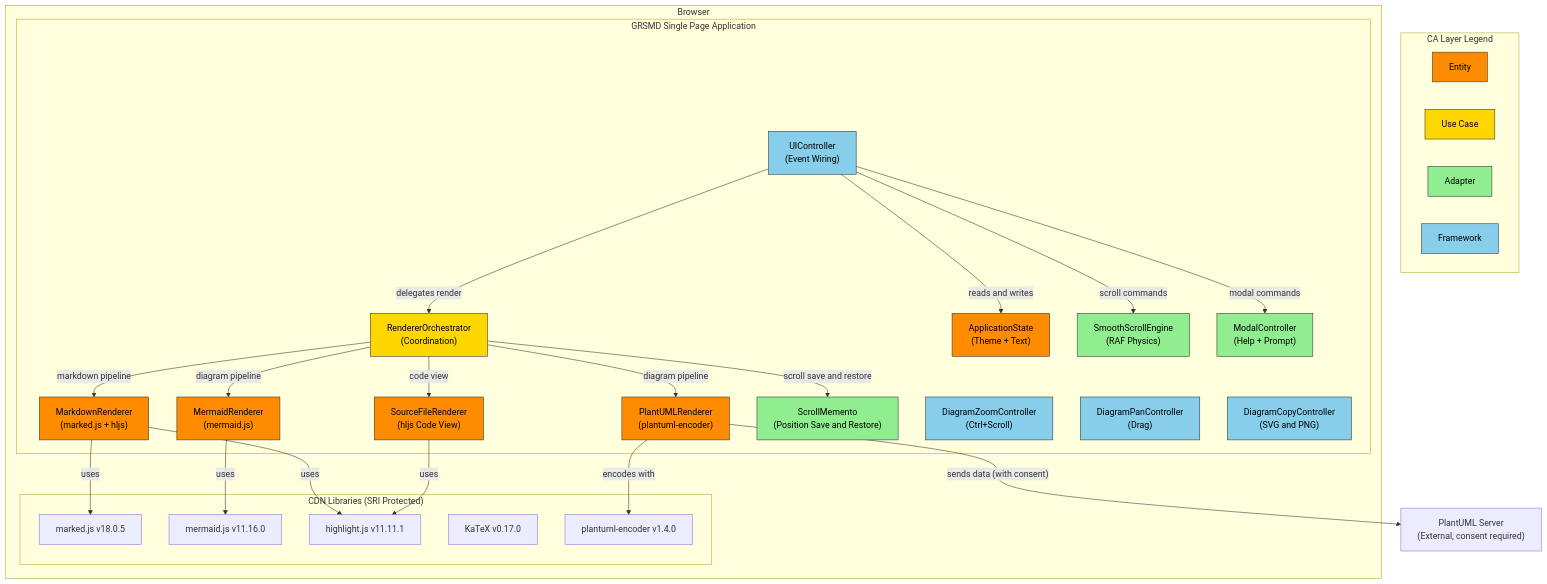
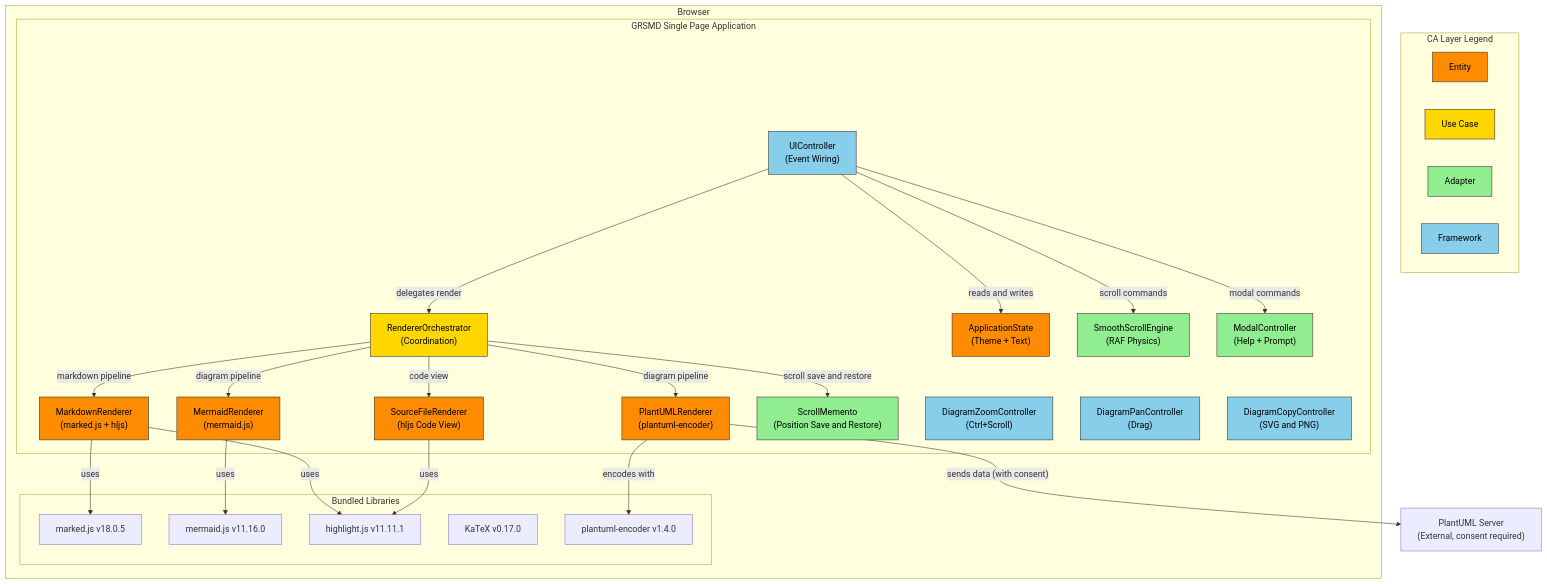
The first of 10 diagrams in spec/grsmd_gen2_spec_ja.md (GoodRelax/gr-simple-md-renderer), drawn with Mermaid before and after one commit. The commit also changed other lines of this file and 8 other files, not shown here.

````diff
--- a/spec/grsmd_gen2_spec_ja.md
+++ b/spec/grsmd_gen2_spec_ja.md
@@ -296,57 +298,57 @@
 ```mermaid
 graph TB
     subgraph Legend["CA Layer Legend"]
         direction LR
         L_E["Entity"]:::entity
         L_U["Use Case"]:::usecase
         L_A["Adapter"]:::adapter
         L_F["Framework"]:::framework
     end
 
     subgraph Browser
         subgraph GRSMD_SPA["GRSMD Single Page Application"]
             UI["UIController<br/>(Event Wiring)"]:::framework
             ORCH["RendererOrchestrator<br/>(Coordination)"]:::usecase
             STATE["ApplicationState<br/>(Theme + Text)"]:::entity
             MD["MarkdownRenderer<br/>(marked.js + hljs)"]:::entity
             MERM["MermaidRenderer<br/>(mermaid.js)"]:::entity
             PUML["PlantUMLRenderer<br/>(plantuml-encoder)"]:::entity
             SRC["SourceFileRenderer<br/>(hljs Code View)"]:::entity
             SCROLL["SmoothScrollEngine<br/>(RAF Physics)"]:::adapter
             SMGR["ScrollMemento<br/>(Position Save and Restore)"]:::adapter
             MODAL["ModalController<br/>(Help + Prompt)"]:::adapter
             ZOOM["DiagramZoomController<br/>(Ctrl+Scroll)"]:::framework
             PAN["DiagramPanController<br/>(Drag)"]:::framework
             COPY["DiagramCopyController<br/>(SVG and PNG)"]:::framework
         end
-        subgraph CDN_Libs["CDN Libraries (SRI Protected)"]
+        subgraph CDN_Libs["Bundled Libraries"]
             MARKED["marked.js v18.0.5"]
             MERMAIDJS["mermaid.js v11.16.0"]
             HLJS["highlight.js v11.11.1"]
             KATEX["KaTeX v0.17.0"]
             PUMLENC["plantuml-encoder v1.4.0"]
         end
     end
     PUML_SERVER["PlantUML Server<br/>(External, consent required)"]
 
     UI -->|"delegates render"| ORCH
     UI -->|"reads and writes"| STATE
     UI -->|"scroll commands"| SCROLL
     UI -->|"modal commands"| MODAL
     ORCH -->|"markdown pipeline"| MD
     ORCH -->|"diagram pipeline"| MERM
     ORCH -->|"diagram pipeline"| PUML
     ORCH -->|"code view"| SRC
     ORCH -->|"scroll save and restore"| SMGR
     MD -->|"uses"| MARKED
     MD -->|"uses"| HLJS
     MERM -->|"uses"| MERMAIDJS
     SRC -->|"uses"| HLJS
     PUML -->|"encodes with"| PUMLENC
     PUML -->|"sends data (with consent)"| PUML_SERVER
 
     classDef entity fill:#FF8C00,stroke:#333,color:#000
     classDef usecase fill:#FFD700,stroke:#333,color:#000
     classDef adapter fill:#90EE90,stroke:#333,color:#000
     classDef framework fill:#87CEEB,stroke:#333,color:#000
 ```
````
